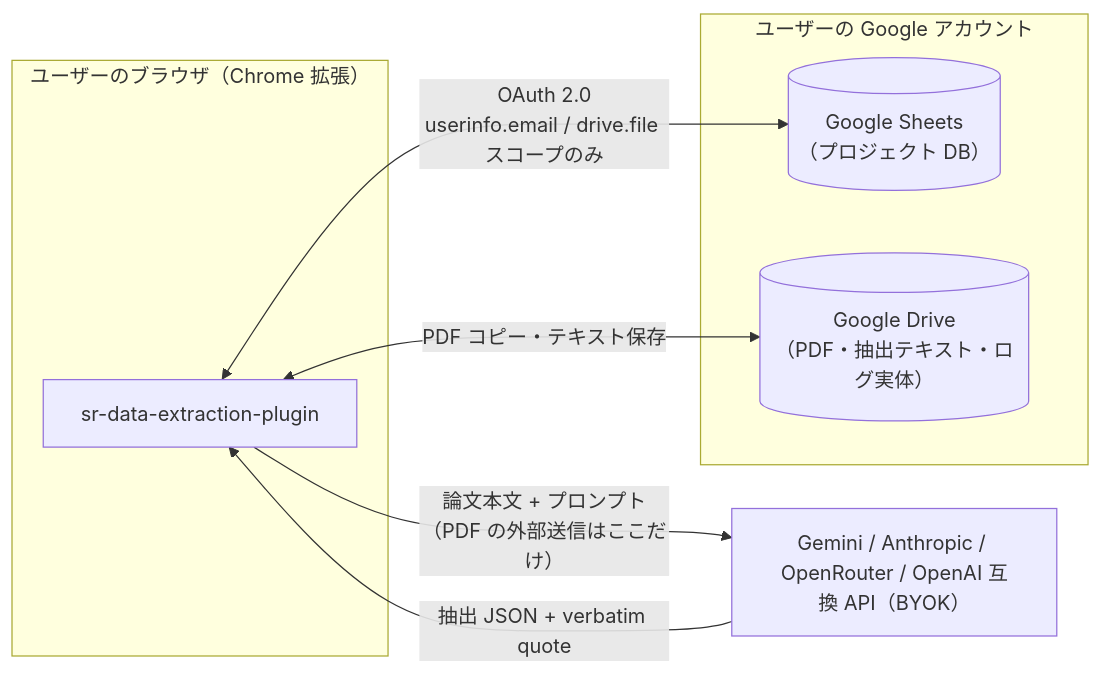
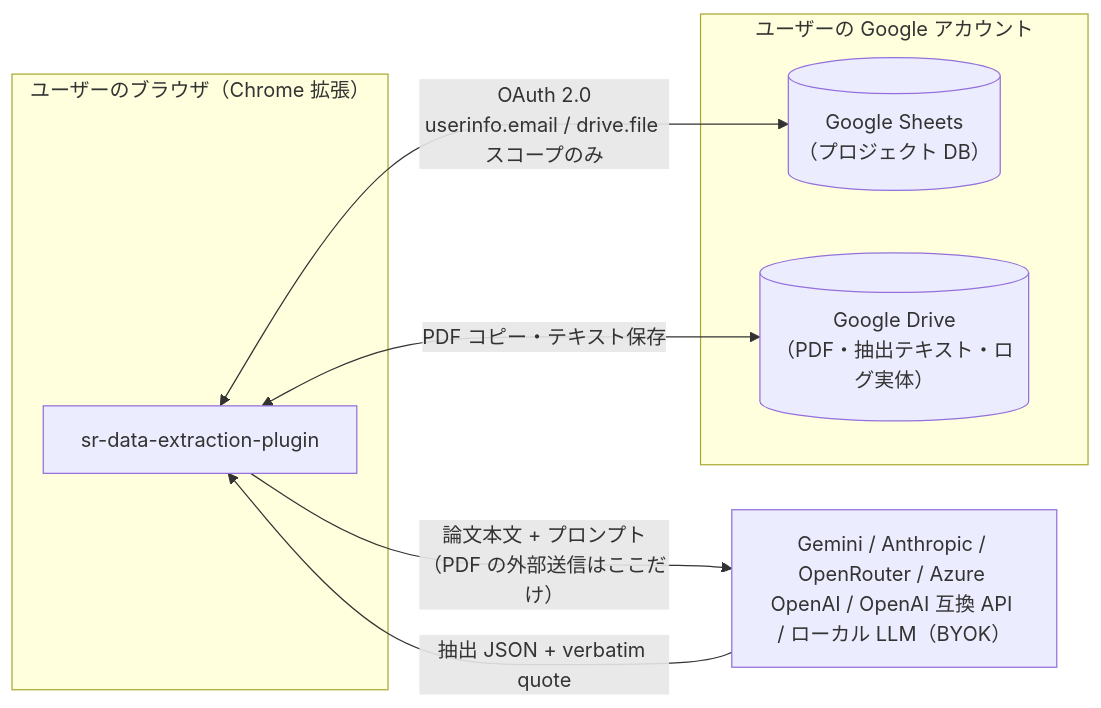
One commit to youkiti/sr-data-extraction-plugin changed the diagram in README.md. Above: the diagram before and after it, drawn with Mermaid. The commit also changed other lines of this file and 21 other files, not shown here.

````diff
--- a/README.md
+++ b/README.md
@@ -43,16 +43,16 @@
 ```mermaid
 flowchart LR
     subgraph User["ユーザーのブラウザ（Chrome 拡張）"]
         Ext[sr-data-extraction-plugin]
     end
     subgraph Google["ユーザーの Google アカウント"]
         Sheets[("Google Sheets<br/>（プロジェクト DB）")]
         Drive[("Google Drive<br/>（PDF・抽出テキスト・ログ実体）")]
     end
-    LLM["Gemini / Anthropic / OpenRouter / OpenAI 互換 API（BYOK）"]
+    LLM["Gemini / Anthropic / OpenRouter / Azure OpenAI / OpenAI 互換 API / ローカル LLM（BYOK）"]
 
     Ext <-->|"OAuth 2.0<br/>userinfo.email / drive.file スコープのみ"| Sheets
     Ext <-->|PDF コピー・テキスト保存| Drive
     Ext -->|"論文本文 + プロンプト<br/>（PDF の外部送信はここだけ）"| LLM
     LLM -->|抽出 JSON + verbatim quote| Ext
 ```
````
